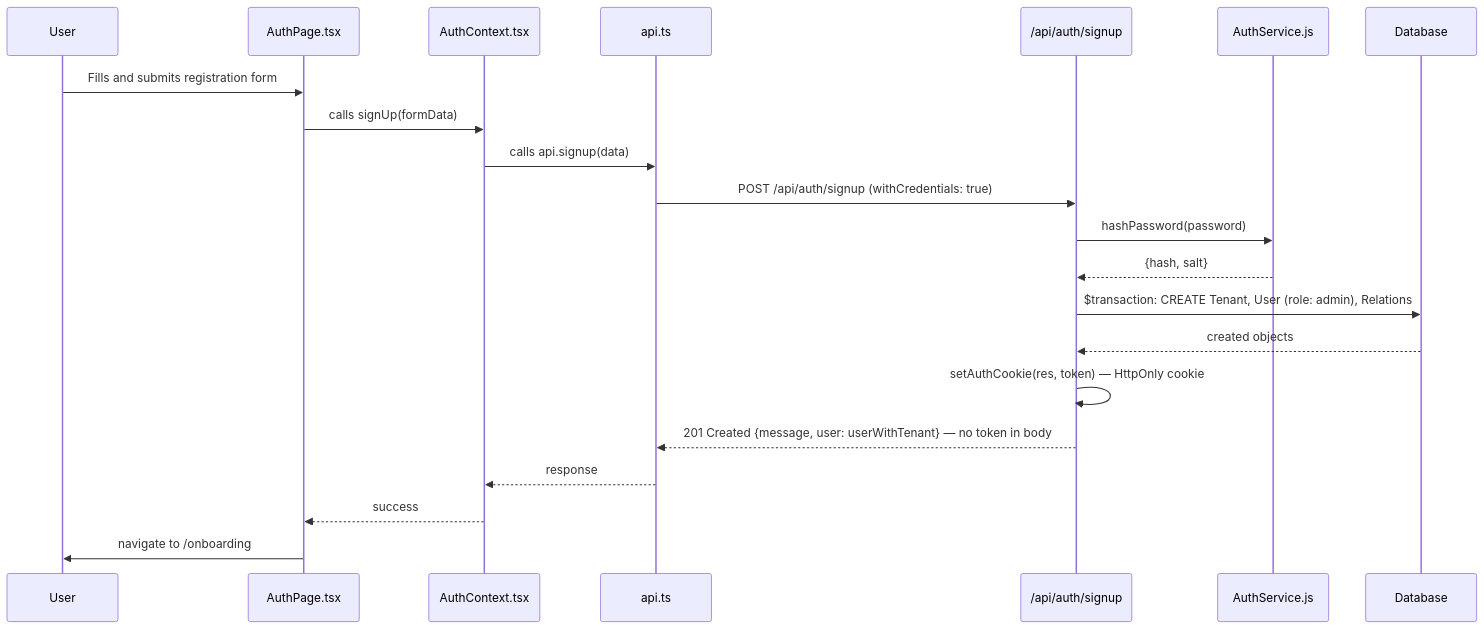
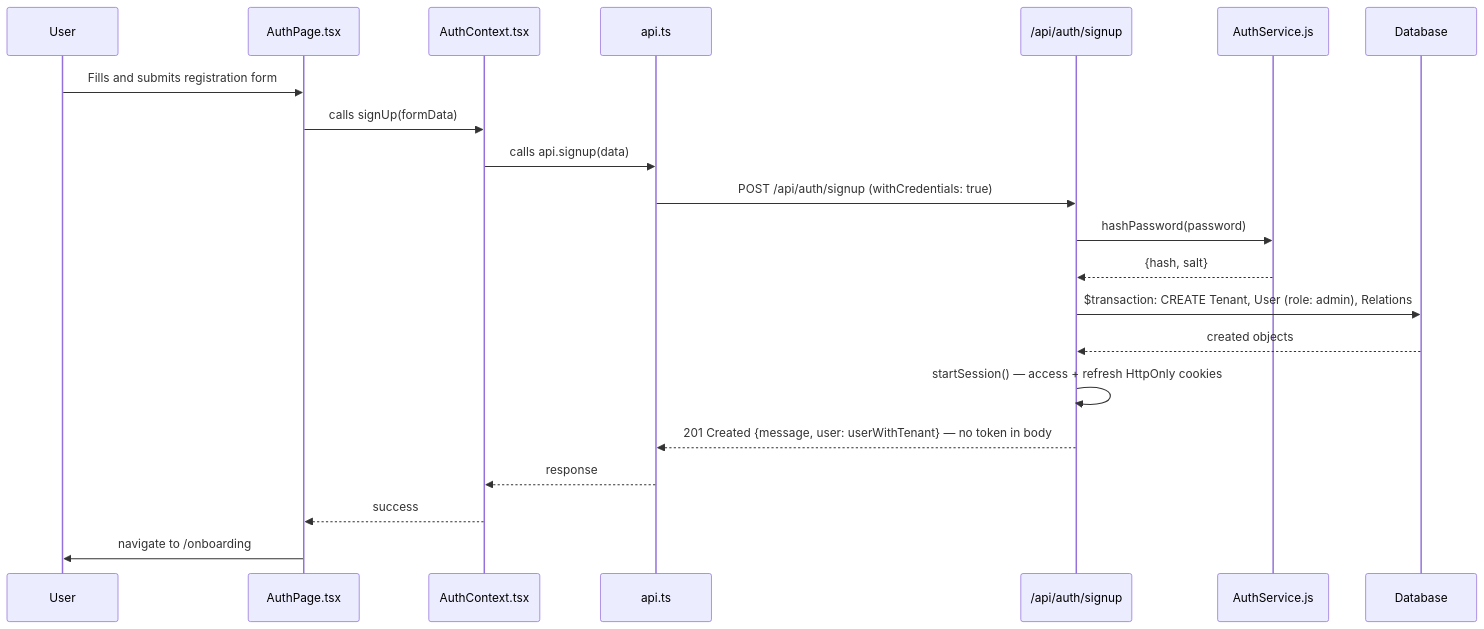
Before and after one commit to danielvsantos/bliss: the first of 2 diagrams in docs/specs/api/01-user-identity.md, drawn with Mermaid. The commit also changed other lines of this file and 78 other files, not shown here.

First line of the commit message:
feat(auth): longer-lived sessions with a rotating refresh token (#156)

````diff
--- a/docs/specs/api/01-user-identity.md
+++ b/docs/specs/api/01-user-identity.md
@@ -247,24 +247,24 @@
 ```mermaid
 sequenceDiagram
     participant User
     participant AuthPage as AuthPage.tsx
     participant AuthContext as AuthContext.tsx
     participant APIClient as api.ts
     participant SignupAPI as /api/auth/signup
     participant AuthService as AuthService.js
     participant Database
 
     User->>AuthPage: Fills and submits registration form
     AuthPage->>AuthContext: calls signUp(formData)
     AuthContext->>APIClient: calls api.signup(data)
     APIClient->>SignupAPI: POST /api/auth/signup (withCredentials: true)
     SignupAPI->>AuthService: hashPassword(password)
     AuthService-->>SignupAPI: {hash, salt}
     SignupAPI->>Database: $transaction: CREATE Tenant, User (role: admin), Relations
     Database-->>SignupAPI: created objects
-    SignupAPI->>SignupAPI: setAuthCookie(res, token) — HttpOnly cookie
+    SignupAPI->>SignupAPI: startSession() — access + refresh HttpOnly cookies
     SignupAPI-->>APIClient: 201 Created {message, user: userWithTenant} — no token in body
     APIClient-->>AuthContext: response
     AuthContext-->>AuthPage: success
     AuthPage->>User: navigate to /onboarding
 ```
````
